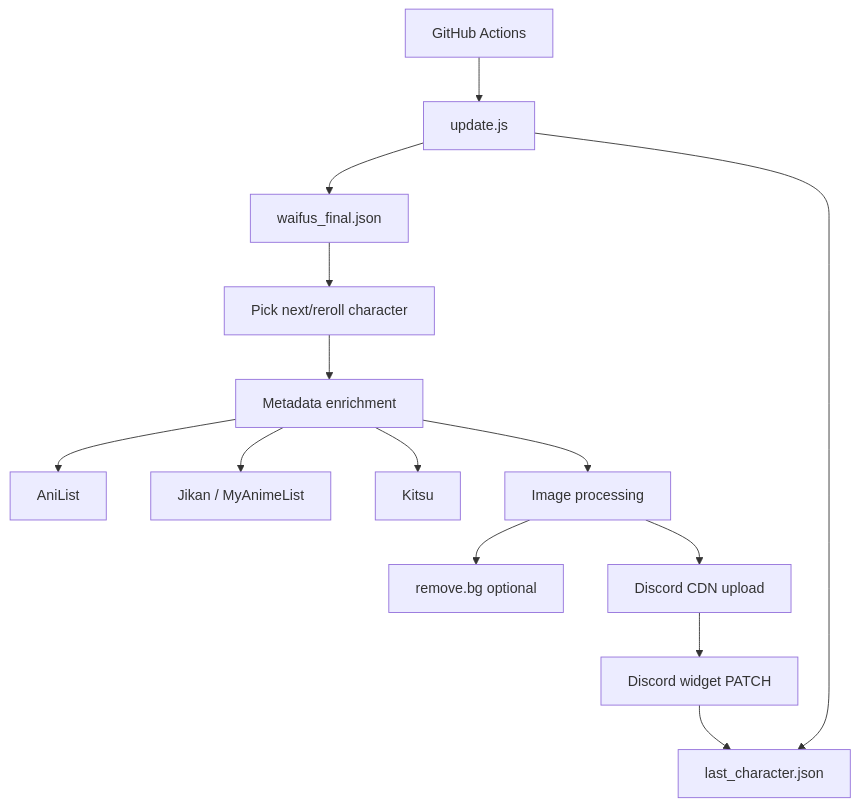
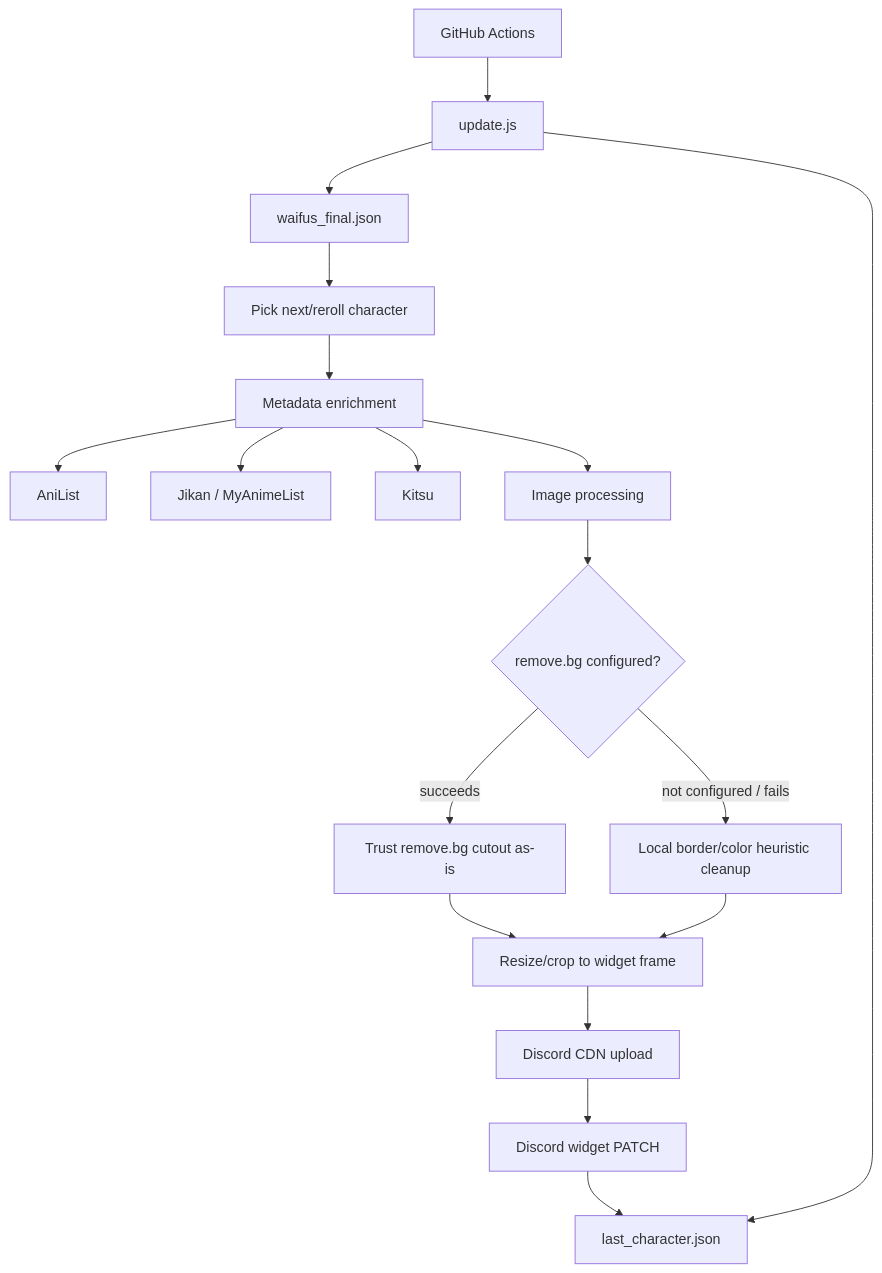
Before and after one commit to MeYashverma/discord-waifu-widget: the diagram in docs/ARCHITECTURE.md, drawn with Mermaid. The commit also changed other lines of this file, not shown here.

Commit message:
Revise architecture documentation for image processing
Updated the architecture documentation to reflect changes in the image processing workflow, including the handling of remove.bg results and fallback mechanisms.

````diff
--- a/docs/ARCHITECTURE.md
+++ b/docs/ARCHITECTURE.md
@@ -5,16 +5,20 @@
 ```mermaid
 flowchart TB
     GHA[GitHub Actions] --> APP[update.js]
     APP --> DB[waifus_final.json]
     APP --> MEM[last_character.json]
     DB --> PICK[Pick next/reroll character]
     PICK --> ENRICH[Metadata enrichment]
     ENRICH --> ANILIST[AniList]
     ENRICH --> JIKAN[Jikan / MyAnimeList]
     ENRICH --> KITSU[Kitsu]
     ENRICH --> IMG[Image processing]
-    IMG --> REMBG[remove.bg optional]
-    IMG --> CDN[Discord CDN upload]
+    IMG --> REMBG{remove.bg configured?}
+    REMBG -->|succeeds| TRUST[Trust remove.bg cutout as-is]
+    REMBG -->|not configured / fails| LOCAL[Local border/color heuristic cleanup]
+    TRUST --> RESIZE[Resize/crop to widget frame]
+    LOCAL --> RESIZE
+    RESIZE --> CDN[Discord CDN upload]
     CDN --> PATCH[Discord widget PATCH]
     PATCH --> MEM
 ```
````
